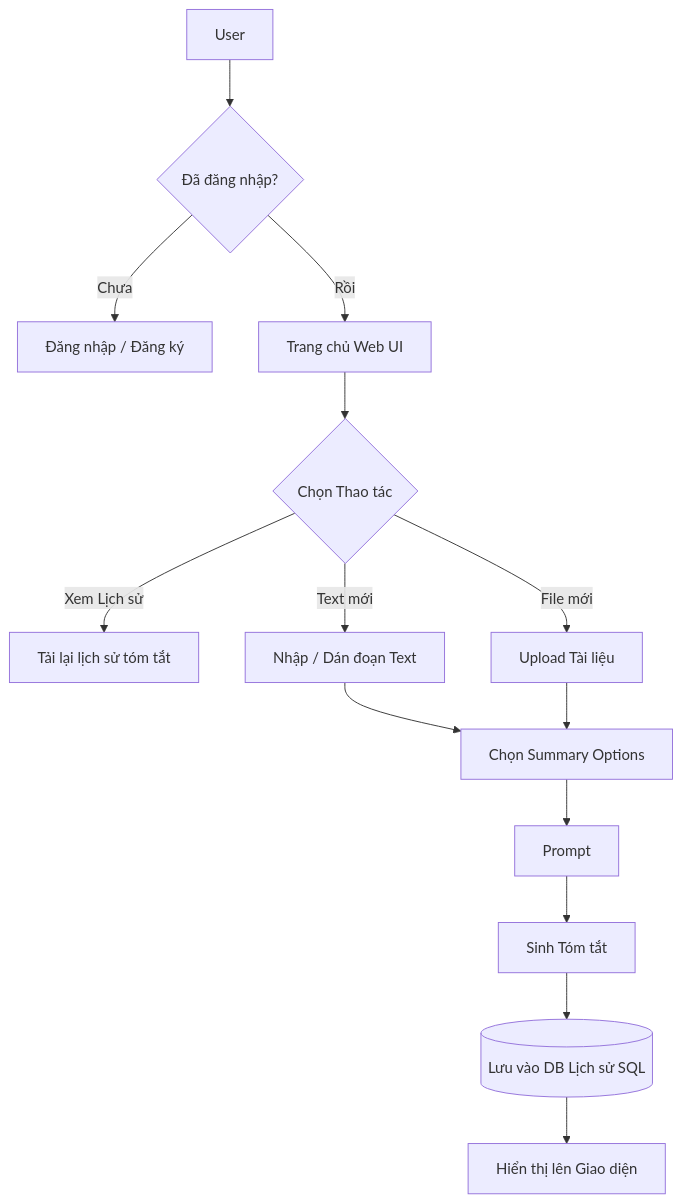
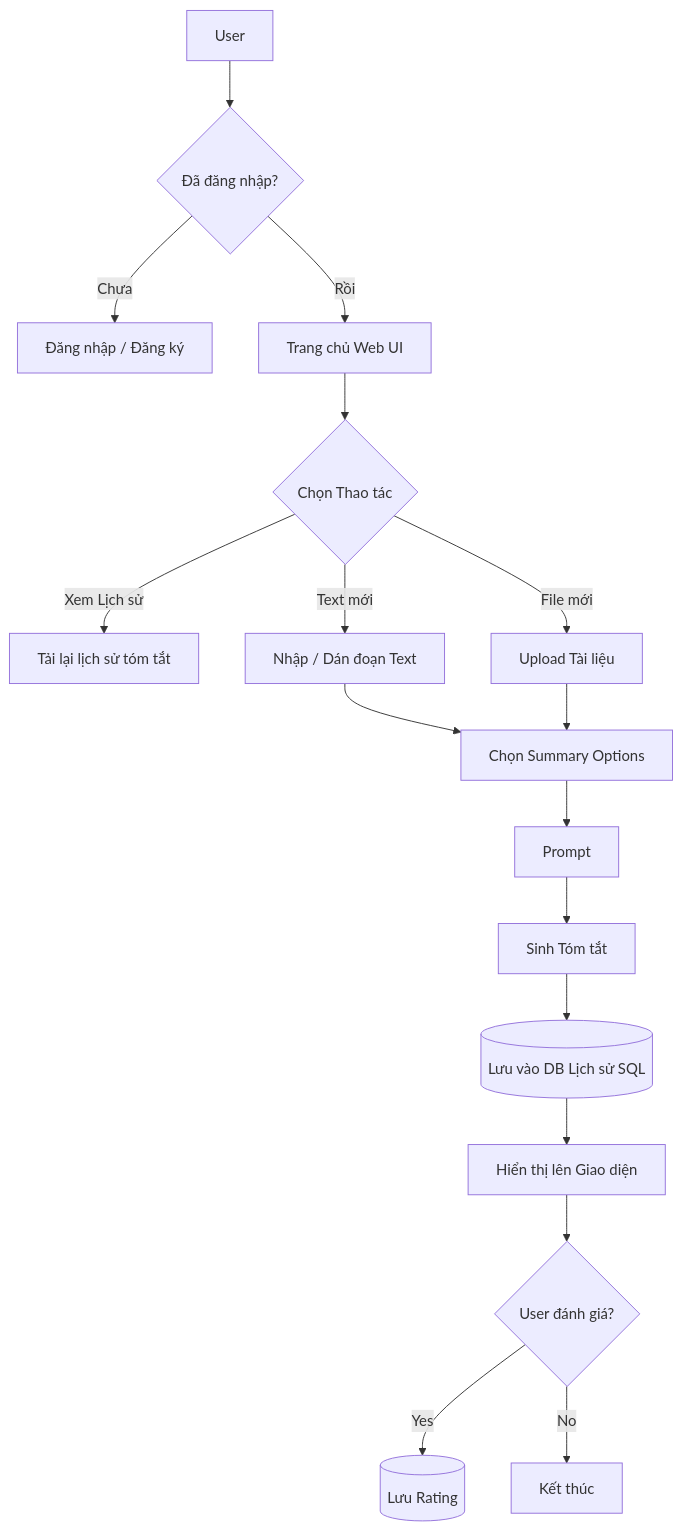
The third of 6 diagrams in README.md (kienng221105/Summarize-Vietnamese-Text), drawn with Mermaid before and after one commit. The commit also changed other lines of this file, not shown here.

Commit message:
Architecture Updated

````diff
--- a/README.md
+++ b/README.md
@@ -93,30 +125,34 @@
 ```mermaid
 flowchart TD
 
   U[User] --> L{Đã đăng nhập?}
 
   L -->|Chưa| Login[Đăng nhập / Đăng ký]
 
   L -->|Rồi| Main[Trang chủ Web UI]
 
   Main --> Action{Chọn Thao tác}
 
   Action -->|Xem Lịch sử| Hist[Tải lại lịch sử tóm tắt]
 
   Action -->|Text mới| T[Nhập / Dán đoạn Text]
 
   Action -->|File mới| F[Upload Tài liệu]
 
   T --> Options[Chọn Summary Options]
 
   F --> Options[Chọn Summary Options]
 
   Options --> Process[Prompt]
 
   Process --> Gen[Sinh Tóm tắt]
 
   Gen --> Save[(Lưu vào DB Lịch sử SQL)]
 
   Save --> UI[Hiển thị lên Giao diện]
+  UI --> Rate{User đánh giá?}  
+  
+Rate -->|Yes| Rating[(Lưu Rating)]  
+Rate -->|No| End[Kết thúc]
 
 ```
````
